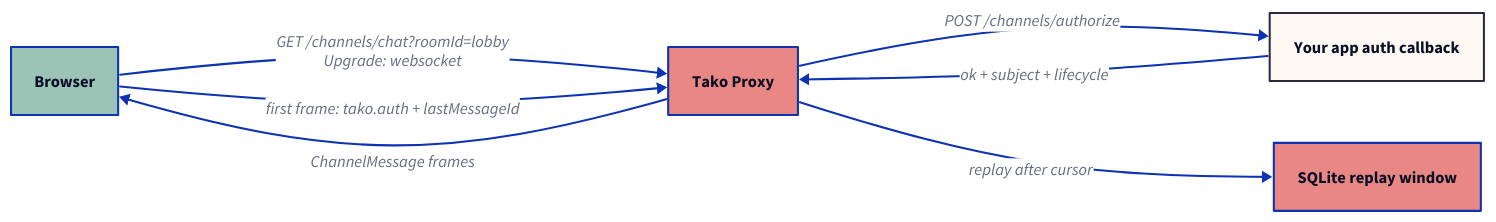
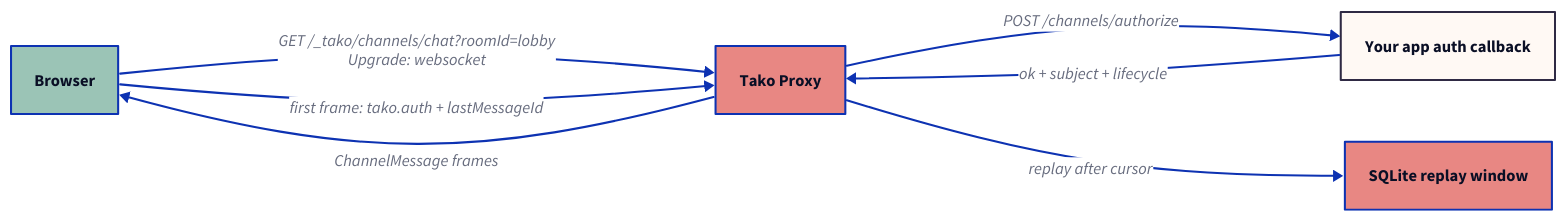
The diagram in website/src/content/blog/typed-websocket-channels-in-typescript.md (tako-sh/tako), drawn with D2 before and after one commit. The commit also changed other lines of this file and 60 other files, not shown here.

````diff
--- a/website/src/content/blog/typed-websocket-channels-in-typescript.md
+++ b/website/src/content/blog/typed-websocket-channels-in-typescript.md
@@ -64,24 +64,24 @@
 ```d2
 direction: right
 
 browser: Browser {
   style.fill: "#9BC4B6"
 }
 proxy: Tako Proxy {
   style.fill: "#E88783"
 }
 app: "Your app auth callback" {
   style.fill: "#FFF9F4"
   style.stroke: "#2F2A44"
 }
 store: "SQLite replay window" {
   style.fill: "#E88783"
 }
 
-browser -> proxy: "GET /channels/chat?roomId=lobby\nUpgrade: websocket"
+browser -> proxy: "GET /_tako/channels/chat?roomId=lobby\nUpgrade: websocket"
 browser -> proxy: "first frame: tako.auth + lastMessageId"
 proxy -> app: "POST /channels/authorize"
 app -> proxy: "ok + subject + lifecycle"
 proxy -> store: "replay after cursor"
 proxy -> browser: "ChannelMessage frames"
 ```
````
